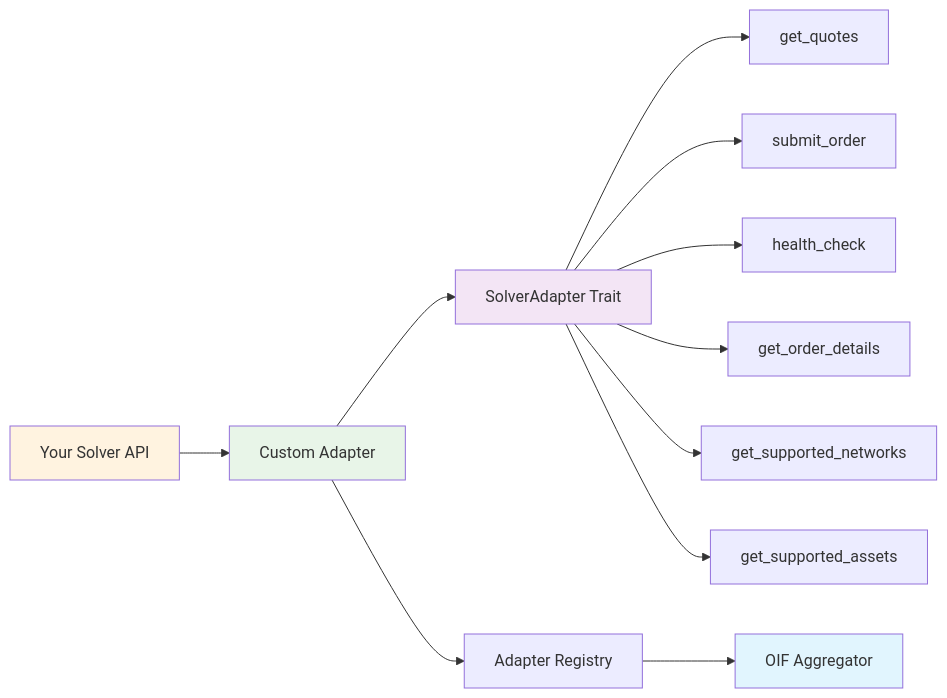
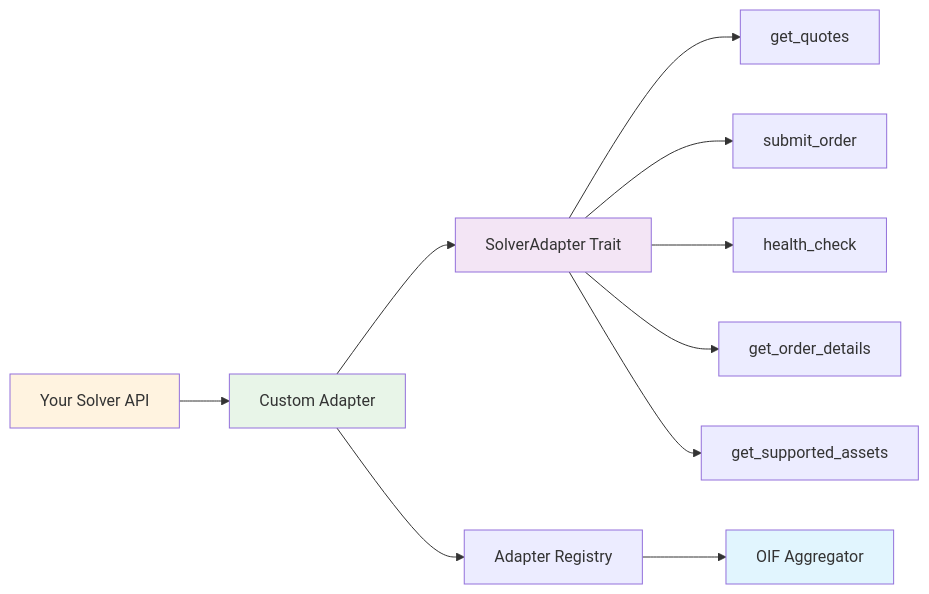
The second of 2 diagrams in docs/custom-adapters.md (openintentsframework/oif-aggregator), drawn with Mermaid before and after one commit. The commit also changed other lines of this file and 39 other files, not shown here.

````diff
--- a/docs/custom-adapters.md
+++ b/docs/custom-adapters.md
@@ -22,19 +22,18 @@
 ```mermaid
 graph LR
     A[Your Solver API] --> B[Custom Adapter]
     B --> C[SolverAdapter Trait]
     C --> D[get_quotes]
     C --> E[submit_order]
     C --> F[health_check]
     C --> G[get_order_details]
-    C --> H[get_supported_networks]
-    C --> I[get_supported_assets]
+    C --> H[get_supported_assets]
     
     B --> J[Adapter Registry]
     J --> K[OIF Aggregator]
     
     style A fill:#fff3e0
     style B fill:#e8f5e8
     style C fill:#f3e5f5
     style K fill:#e1f5fe
 ```
````
